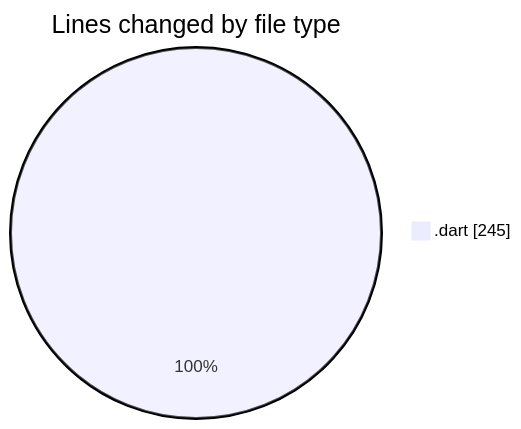
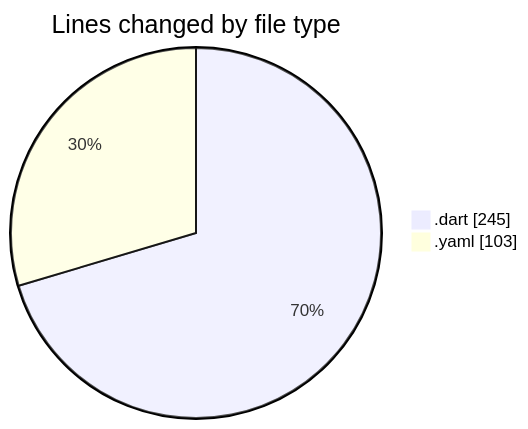
The first of 2 diagrams in 2025-02-26/drivers_app/README.md (donsfak/code-tracking), drawn with Mermaid before and after one commit. The commit also changed other lines of this file and 1 other file, not shown here.

````diff
--- a/2025-02-26/drivers_app/README.md
+++ b/2025-02-26/drivers_app/README.md
@@ -25,5 +26,6 @@
 ```mermaid
 pie showData
 title Lines changed by file type
 ".dart" : 245
+".yaml" : 103
 ```
````
